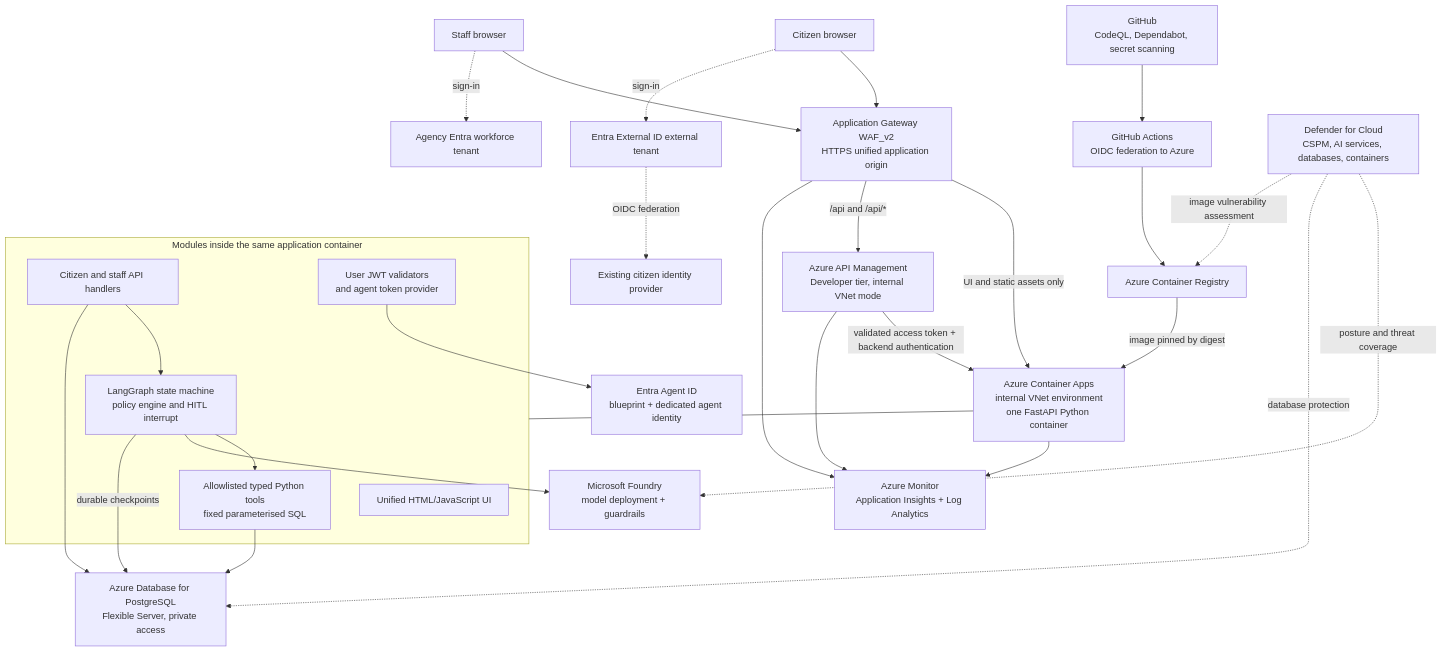
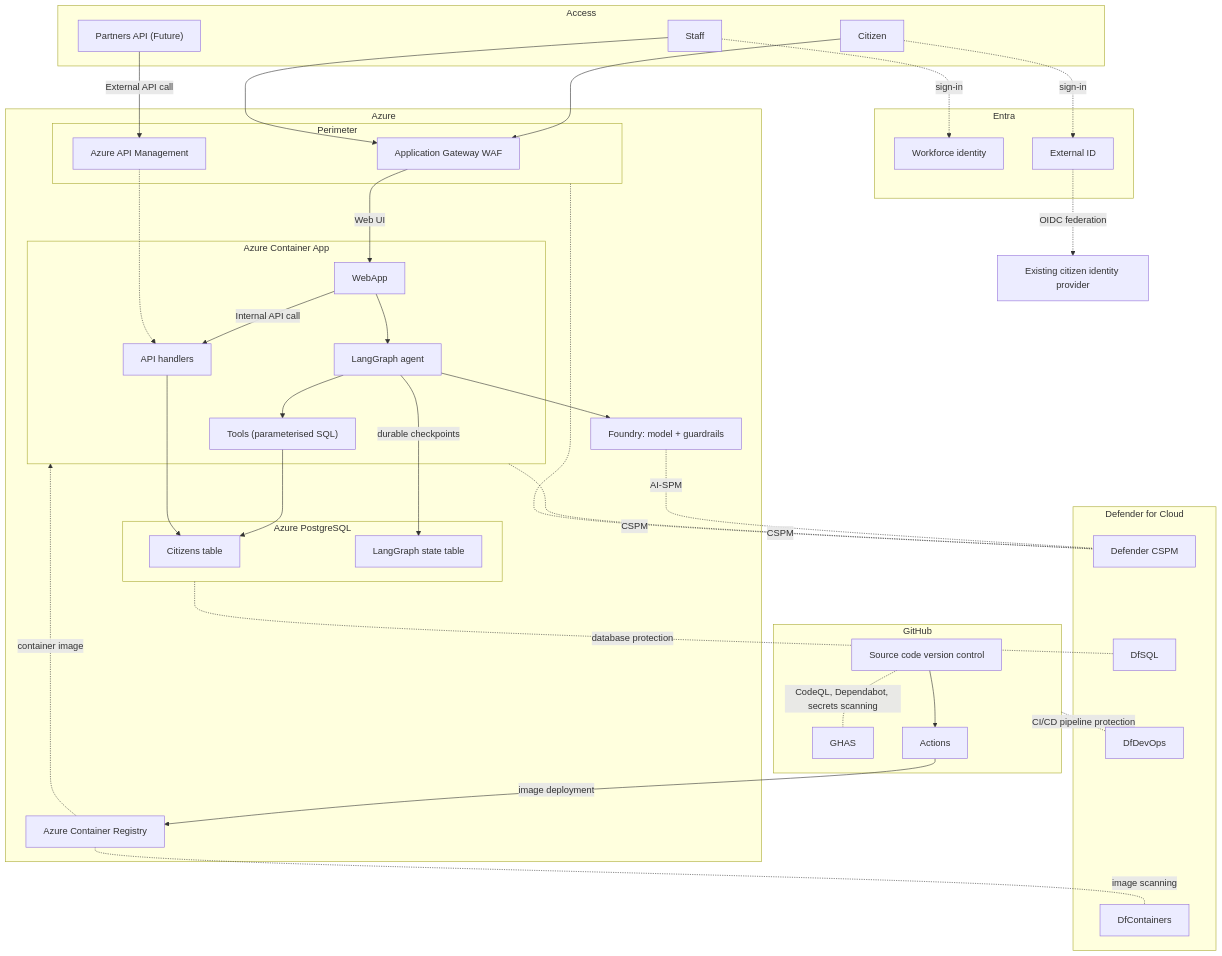
Before and after one commit to joetanx/sma-fy27: the first of 2 diagrams in plan.md, drawn with Mermaid.

````diff
--- a/plan.md
+++ b/plan.md
@@ -34,38 +34,65 @@
 ```mermaid
-flowchart TB
-    Citizen[Citizen browser] --> WAF[Application Gateway WAF_v2\nHTTPS unified application origin]
-    Staff[Staff browser] --> WAF
-    Citizen -. sign-in .-> External[Entra External ID external tenant]
+flowchart TD
+    subgraph Access
+        Citizen
+        Staff
+        Partners["Partners API (Future)"]
+    end
+    subgraph Entra
+        Workforce[Workforce identity]
+        External[External ID]
+        Staff -.->|sign-in| Workforce
+        Citizen -.->|sign-in| External
+    end
     External -. OIDC federation .-> CitizenIdP[Existing citizen identity provider]
-    Staff -. sign-in .-> Workforce[Agency Entra workforce tenant]
-
-    WAF -->|UI and static assets only| App[Azure Container Apps\ninternal VNet environment\none FastAPI Python container]
-    WAF -->|/api and /api/*| APIM[Azure API Management\nDeveloper tier, internal VNet mode]
-    APIM -->|validated access token + backend authentication| App
-
-    subgraph Application[Modules inside the same application container]
-        UI[Unified HTML/JavaScript UI]
-        API[Citizen and staff API handlers]
-        Graph[LangGraph state machine\npolicy engine and HITL interrupt]
-        Tools[Allowlisted typed Python tools\nfixed parameterised SQL]
-        Auth[User JWT validators\nand agent token provider]
+    subgraph Azure
+        subgraph Perimeter
+            WAF[Application Gateway WAF]
+            APIM[Azure API Management]
+            Citizen --> WAF
+            Staff --> WAF
+            Partners -->|External API call| APIM
+        end
+        subgraph App[Azure Container App]
+            WebApp
+            API[API handlers]
+            Graph[LangGraph agent]
+            Tools["Tools (parameterised SQL)"]
+            WebApp -->|Internal API call| API
+            WAF -->|Web UI| WebApp
+            APIM -.-> API
+            WebApp --> Graph
+            Graph --> Tools
+        end
+        Foundry[Foundry: model + guardrails]
+        Graph --> Foundry
+        subgraph PG[Azure PostgreSQL]
+            DbCitizen[Citizens table]
+            DbState[LangGraph state table]
+            Tools --> DbCitizen
+            API --> DbCitizen
+            Graph -->|durable checkpoints| DbState
+        end
+        ACR -.->|container image| App
+        App ~~~ ACR
     end
-    App --- Application
-    API --> Graph
-    Graph --> Tools
-    Graph --> Foundry[Microsoft Foundry\nmodel deployment + guardrails]
-    Auth --> AgentID[Entra Agent ID\nblueprint + dedicated agent identity]
-    Tools --> PG[Azure Database for PostgreSQL\nFlexible Server, private access]
-    API --> PG
-    Graph -->|durable checkpoints| PG
-
-    GitHub[GitHub\nCodeQL, Dependabot, secret scanning] --> Actions[GitHub Actions\nOIDC federation to Azure]
-    Actions --> ACR[Azure Container Registry]
-    ACR -->|image pinned by digest| App
-    App --> Monitor[Azure Monitor\nApplication Insights + Log Analytics]
-    WAF --> Monitor
-    APIM --> Monitor
-    Defender[Defender for Cloud\nCSPM, AI services, databases, containers] -. posture and threat coverage .-> Foundry
-    Defender -. database protection .-> PG
-    Defender -. image vulnerability assessment .-> ACR
+    subgraph GitHub
+        Code[Source code version control]
+        Code -.- |CodeQL, Dependabot, secrets scanning| GHAS
+        Code --> Actions
+        Actions -->|image deployment| ACR[Azure Container Registry]
+    end
+    subgraph Security[Defender for Cloud]
+        DCSPM[Defender CSPM]
+        DfContainers
+        DfSQL
+        DfDevOps
+    end
+    Security ~~~ GitHub
+    ACR -.-|image scanning| DfContainers
+    Foundry -.-|AI-SPM| DCSPM
+    App -.-|CSPM| DCSPM
+    Perimeter -.-|CSPM| DCSPM
+    PG -.-|database protection| DfSQL
+    GitHub -.-|CI/CD pipeline protection| DfDevOps
 ```
````
